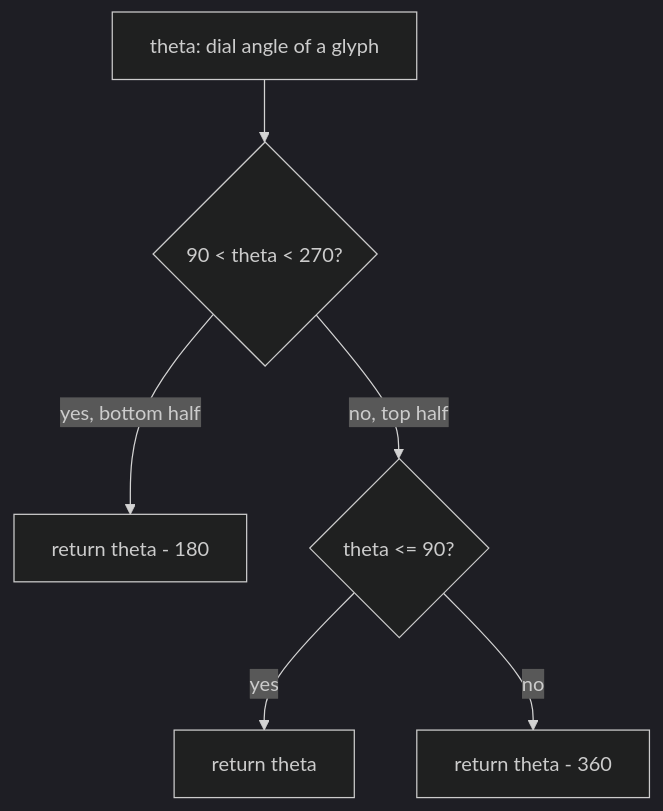
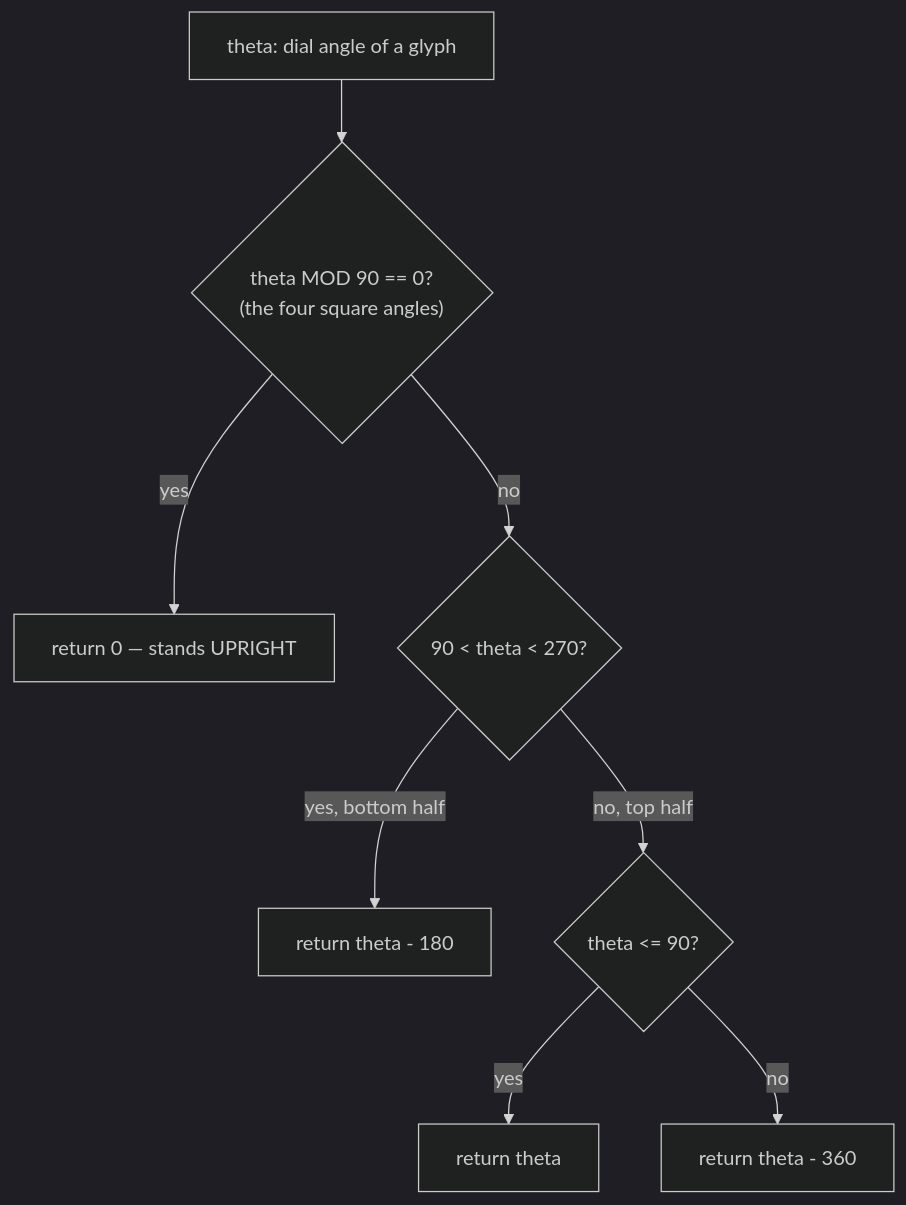
One commit to UVuruna/Watch-Academy changed the diagram in core/__flow/angles.md. Above: the diagram before and after it, drawn with Mermaid (dark theme). The commit also changed other lines of this file and 9 other files, not shown here.

First line of the commit message:
0.14.813 One seating law for the whole ring — the jewels stand up on the square angles like the numerals beside them

````diff
--- a/core/__flow/angles.md
+++ b/core/__flow/angles.md
@@ -12,8 +19,10 @@
 ```mermaid
 flowchart TB
-    A[theta: dial angle of a glyph] --> B{90 < theta < 270?}
-    B -- yes, bottom half --> C[return theta - 180]
-    B -- no, top half --> D{theta <= 90?}
-    D -- yes --> E[return theta]
-    D -- no --> F[return theta - 360]
+    A[theta: dial angle of a glyph] --> B{"theta MOD 90 == 0?<br/>(the four square angles)"}
+    B -- yes --> C["return 0 — stands UPRIGHT"]
+    B -- no --> D{"90 < theta < 270?"}
+    D -- yes, bottom half --> E[return theta - 180]
+    D -- no, top half --> F{theta <= 90?}
+    F -- yes --> G[return theta]
+    F -- no --> H[return theta - 360]
 ```
````
